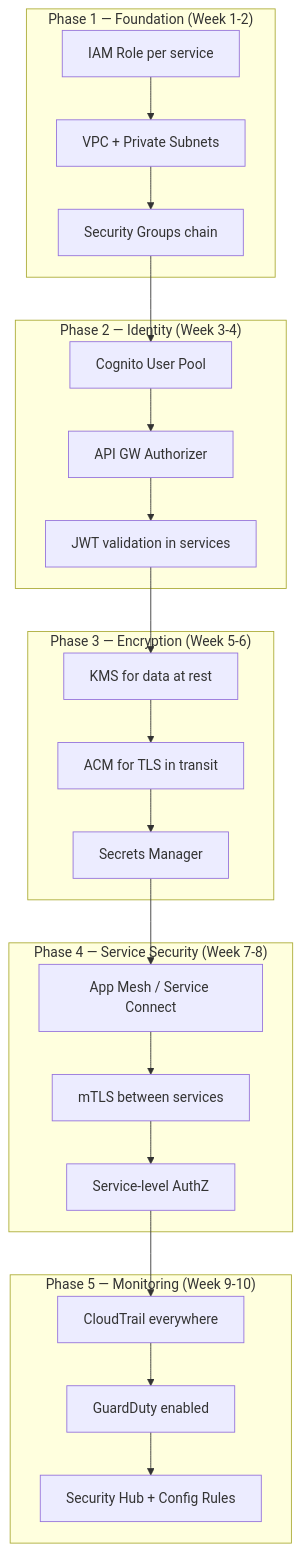
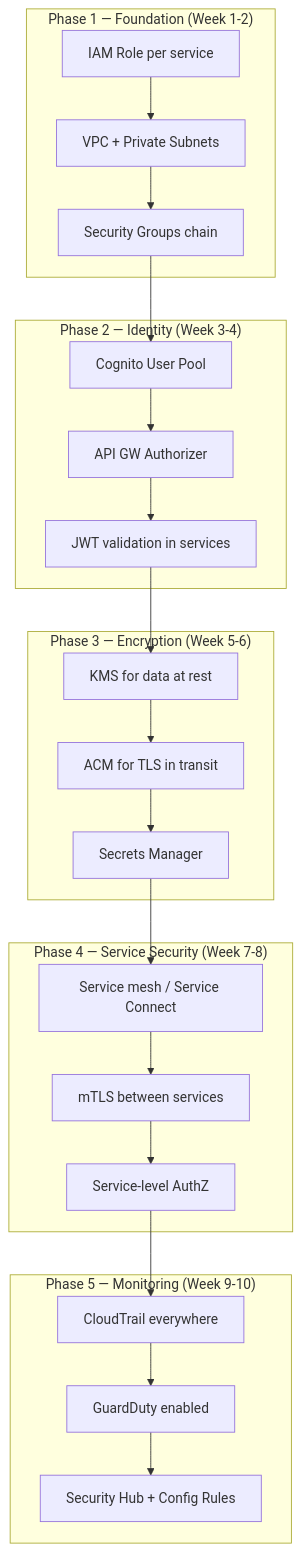
The diagram in 23-aws-security.md (vanhiep99w/microservice-learn), drawn with Mermaid before and after one commit. The commit also changed other lines of this file and 4 other files, not shown here.

Commit message:
docs(aws): align 20-24 with App Mesh legacy guidance and pricing notes

````diff
--- a/23-aws-security.md
+++ b/23-aws-security.md
@@ -1389,32 +1391,32 @@
 ```mermaid
 graph TB
     subgraph "Phase 1 — Foundation (Week 1-2)"
         A[IAM Role per service] --> B[VPC + Private Subnets]
         B --> C[Security Groups chain]
     end
     
     subgraph "Phase 2 — Identity (Week 3-4)"
         D[Cognito User Pool] --> E[API GW Authorizer]
         E --> F[JWT validation in services]
     end
     
     subgraph "Phase 3 — Encryption (Week 5-6)"
         G[KMS for data at rest] --> H[ACM for TLS in transit]
         H --> I[Secrets Manager]
     end
     
     subgraph "Phase 4 — Service Security (Week 7-8)"
-        J[App Mesh / Service Connect] --> K[mTLS between services]
+        J[Service mesh / Service Connect] --> K[mTLS between services]
         K --> L[Service-level AuthZ]
     end
     
     subgraph "Phase 5 — Monitoring (Week 9-10)"
         M[CloudTrail everywhere] --> N[GuardDuty enabled]
         N --> O[Security Hub + Config Rules]
     end
     
     C --> D
     F --> G
     I --> J
     L --> M
 ```
````
